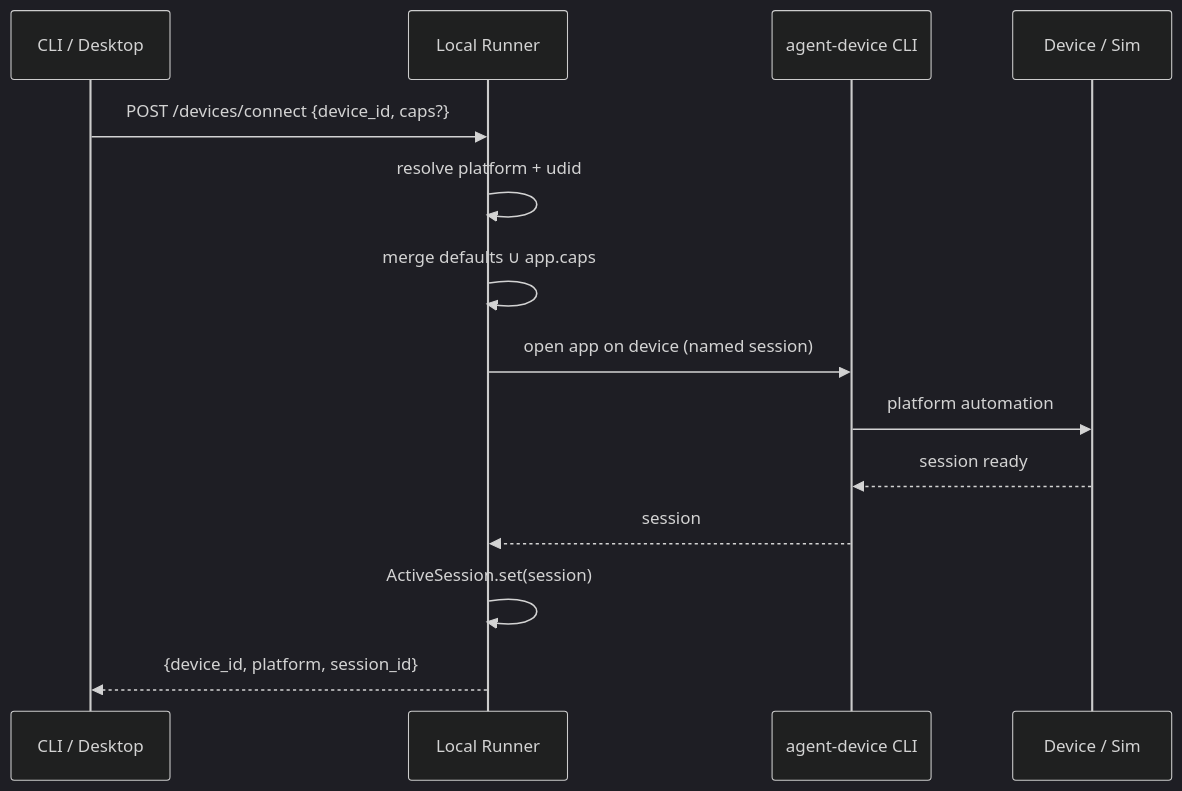
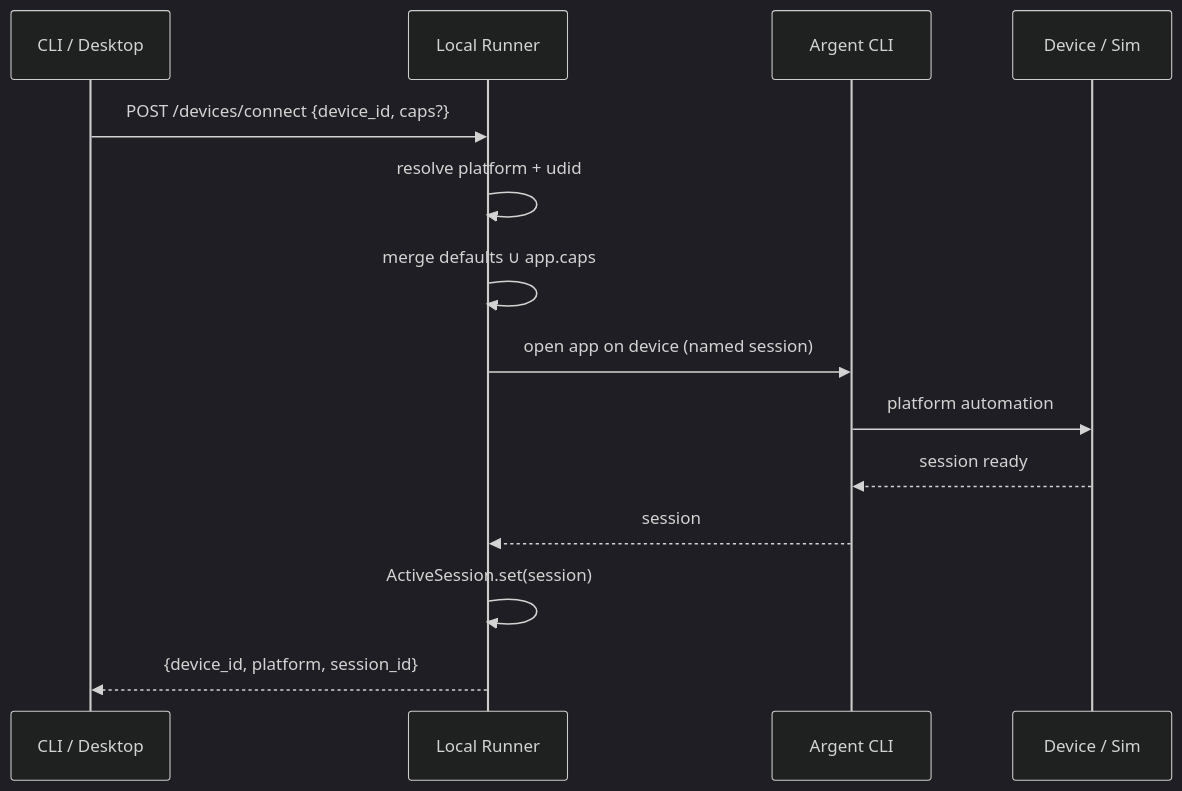
The first of 3 diagrams in ARCHITECTURE.md (Aris-ngoy/qa-agent), drawn with Mermaid (dark theme) before and after one commit. The commit also changed other lines of this file and 75 other files, not shown here.

First line of the commit message:
feat(devices): complete Argent migration, remove agent-device

````diff
--- a/ARCHITECTURE.md
+++ b/ARCHITECTURE.md
@@ -418,17 +418,17 @@
 ```mermaid
 sequenceDiagram
   participant CLI as CLI / Desktop
   participant R as Local Runner
-  participant A as agent-device CLI
+  participant A as Argent CLI
   participant D as Device / Sim
 
   CLI->>R: POST /devices/connect {device_id, caps?}
   R->>R: resolve platform + udid
   R->>R: merge defaults ∪ app.caps
   R->>A: open app on device (named session)
   A->>D: platform automation
   D-->>A: session ready
   A-->>R: session
   R->>R: ActiveSession.set(session)
   R-->>CLI: {device_id, platform, session_id}
 ```
````
